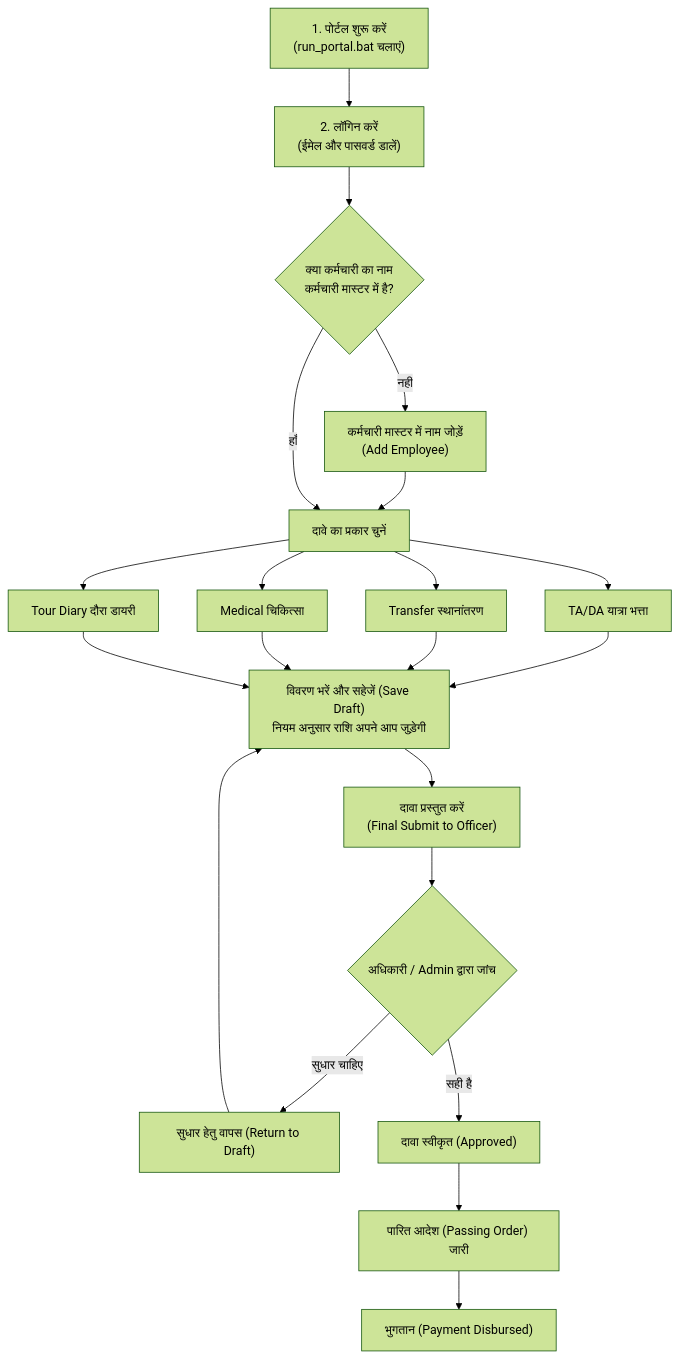
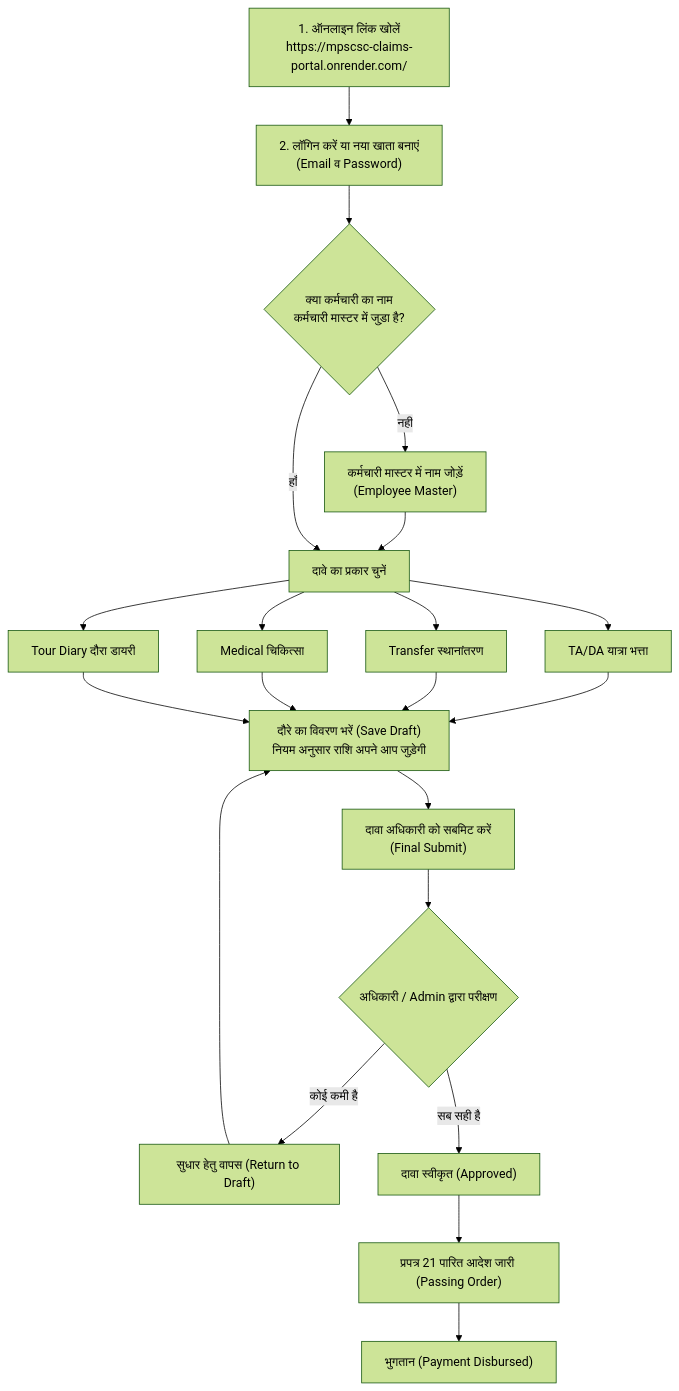
One commit to vikhyat2k/mpscsc-claims-portal changed the diagram in HELP_GUIDE_BILINGUAL.md. Above: the diagram before and after it, drawn with Mermaid (forest theme). The commit also changed other lines of this file and 1 other file, not shown here.

Commit message:
docs: adapt bilingual help guide specifically for live Render portal (mpscsc-claims-portal.onrender.com)

````diff
--- a/HELP_GUIDE_BILINGUAL.md
+++ b/HELP_GUIDE_BILINGUAL.md
@@ -50,28 +51,28 @@
 ```mermaid
 flowchart TD
-    A["1. पोर्टल शुरू करें<br/>(run_portal.bat चलाएं)"] --> B["2. लॉगिन करें<br/>(ईमेल और पासवर्ड डालें)"]
-    B --> C{"क्या कर्मचारी का नाम<br/>कर्मचारी मास्टर में है?"}
+    A["1. ऑनलाइन लिंक खोलें<br/>https://mpscsc-claims-portal.onrender.com/"] --> B["2. लॉगिन करें या नया खाता बनाएं<br/>(Email व Password)"]
+    B --> C{"क्या कर्मचारी का नाम<br/>कर्मचारी मास्टर में जुड़ा है?"}
     
-    C -- नहीं --> D["कर्मचारी मास्टर में नाम जोड़ें<br/>(Add Employee)"]
+    C -- नहीं --> D["कर्मचारी मास्टर में नाम जोड़ें<br/>(Employee Master)"]
     D --> E["दावे का प्रकार चुनें"]
     C -- हाँ --> E
     
     E --> F["TA/DA यात्रा भत्ता"]
     E --> G["Transfer स्थानांतरण"]
     E --> H["Medical चिकित्सा"]
     E --> I["Tour Diary दौरा डायरी"]
     
-    F --> J["विवरण भरें और सहेजें (Save Draft)<br/>नियम अनुसार राशि अपने आप जुड़ेगी"]
+    F --> J["दौरे का विवरण भरें (Save Draft)<br/>नियम अनुसार राशि अपने आप जुड़ेगी"]
     G --> J
     H --> J
     I --> J
     
-    J --> K["दावा प्रस्तुत करें<br/>(Final Submit to Officer)"]
-    K --> L{"अधिकारी / Admin द्वारा जांच"}
+    J --> K["दावा अधिकारी को सबमिट करें<br/>(Final Submit)"]
+    K --> L{"अधिकारी / Admin द्वारा परीक्षण"}
     
-    L -- सुधार चाहिए --> M["सुधार हेतु वापस (Return to Draft)"]
+    L -- कोई कमी है --> M["सुधार हेतु वापस (Return to Draft)"]
     M --> J
-    L -- सही है --> N["दावा स्वीकृत (Approved)"]
-    N --> O["पारित आदेश (Passing Order) जारी"]
+    L -- सब सही है --> N["दावा स्वीकृत (Approved)"]
+    N --> O["प्रपत्र 21 पारित आदेश जारी (Passing Order)"]
     O --> P["भुगतान (Payment Disbursed)"]
 ```
````
